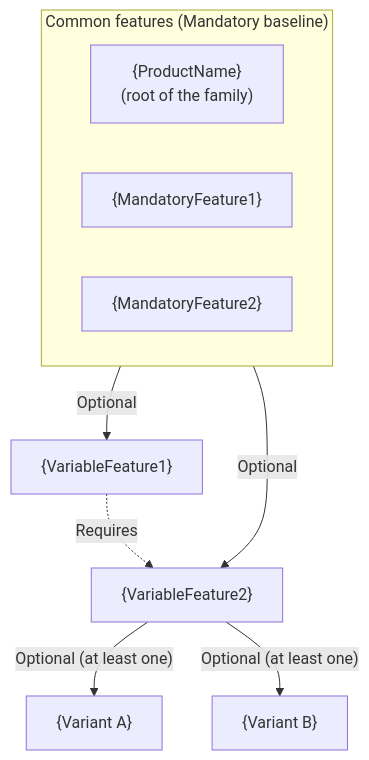
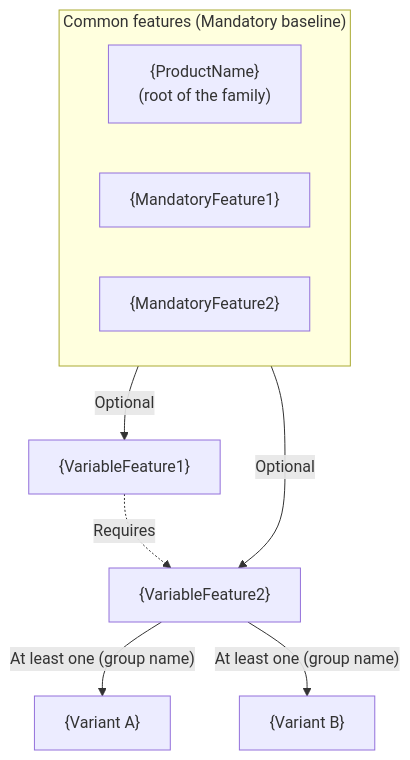
The diagram in skills/common-workflow/architecture/design/plateau-map/feature-map-create.skill/templates/feature-diagram.template.mmd (InsonusK/ai-skills), drawn with Mermaid before and after one commit. The commit also changed 14 other files, not shown here.

```diff
--- a/skills/common-workflow/architecture/design/plateau-map/feature-map-create.skill/templates/feature-diagram.template.mmd
+++ b/skills/common-workflow/architecture/design/plateau-map/feature-map-create.skill/templates/feature-diagram.template.mmd
@@ -1,21 +1,21 @@
 %% How Apply this template
 %% 1. Replace every placeholder with real feature names.
-%% 2. Keep every edge labeled with its exact relation: Mandatory, Optional, "Optional (at least one)", "Alternative (group name)", or "Requires" (dotted).
+%% 2. Keep every edge labeled with its exact relation: Mandatory, Optional, "At least one (group name)", "Alternative (group name)", "Requires" (dotted, AND), or "Requires (any of {group})" (dotted, OR).
 %% 3. Group the root and every Mandatory feature into one Common subgraph. If Common has more than ~4 members, split them into nested "direction LR" rows inside it (see feature-map-create.skill.md's "The diagram" section) and hide the row borders with `style rowId fill:none,stroke:none` — never hide the border of a real sub-feature group.
 %% 4. Connect every top-level variable feature from `Common` itself, never from the root node individually.
 %% 5. Delete this comment block before saving as diagrams/feature-diagram.mmd.
 
 graph TD
     subgraph Common["Common features (Mandatory baseline)"]
         Root["{ProductName}<br/>(root of the family)"]
         MF1["{MandatoryFeature1}"]
         MF2["{MandatoryFeature2}"]
     end
 
     Common -->|Optional| VF1["{VariableFeature1}"]
     Common -->|Optional| VF2["{VariableFeature2}"]
 
-    VF2 -->|"Optional (at least one)"| VF2A["{Variant A}"]
-    VF2 -->|"Optional (at least one)"| VF2B["{Variant B}"]
+    VF2 -->|"At least one (group name)"| VF2A["{Variant A}"]
+    VF2 -->|"At least one (group name)"| VF2B["{Variant B}"]
 
     VF1 -. "Requires" .-> VF2
```
